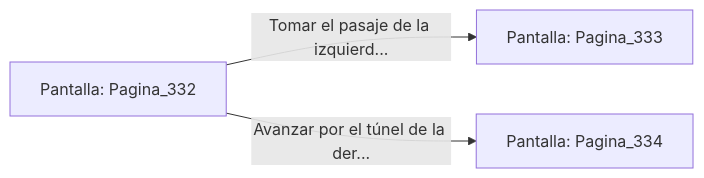
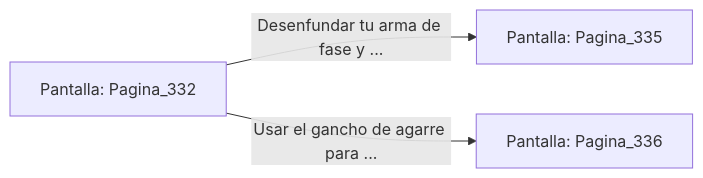
The diagram in sample/eligejuego-vault/Pantalla_Pagina_332.md (metsuke/mpl), drawn with Mermaid before and after one commit. The commit also changed other lines of this file and 635 other files, not shown here.

First line of the commit message:
fix: añadir Pagina_1 como pantalla inicial en capitulo_01.mpl

````diff
--- a/sample/eligejuego-vault/Pantalla_Pagina_332.md
+++ b/sample/eligejuego-vault/Pantalla_Pagina_332.md
@@ -20,6 +22,6 @@
 ```mermaid
 graph LR
     P_Pagina_332["Pantalla: Pagina_332"]
-    P_Pagina_332 -->|"Tomar el pasaje de la izquierd..."| P_Pagina_333["Pantalla: Pagina_333"]
-    P_Pagina_332 -->|"Avanzar por el túnel de la der..."| P_Pagina_334["Pantalla: Pagina_334"]
+    P_Pagina_332 -->|"Desenfundar tu arma de fase y ..."| P_Pagina_335["Pantalla: Pagina_335"]
+    P_Pagina_332 -->|"Usar el gancho de agarre para ..."| P_Pagina_336["Pantalla: Pagina_336"]
 ```
````
